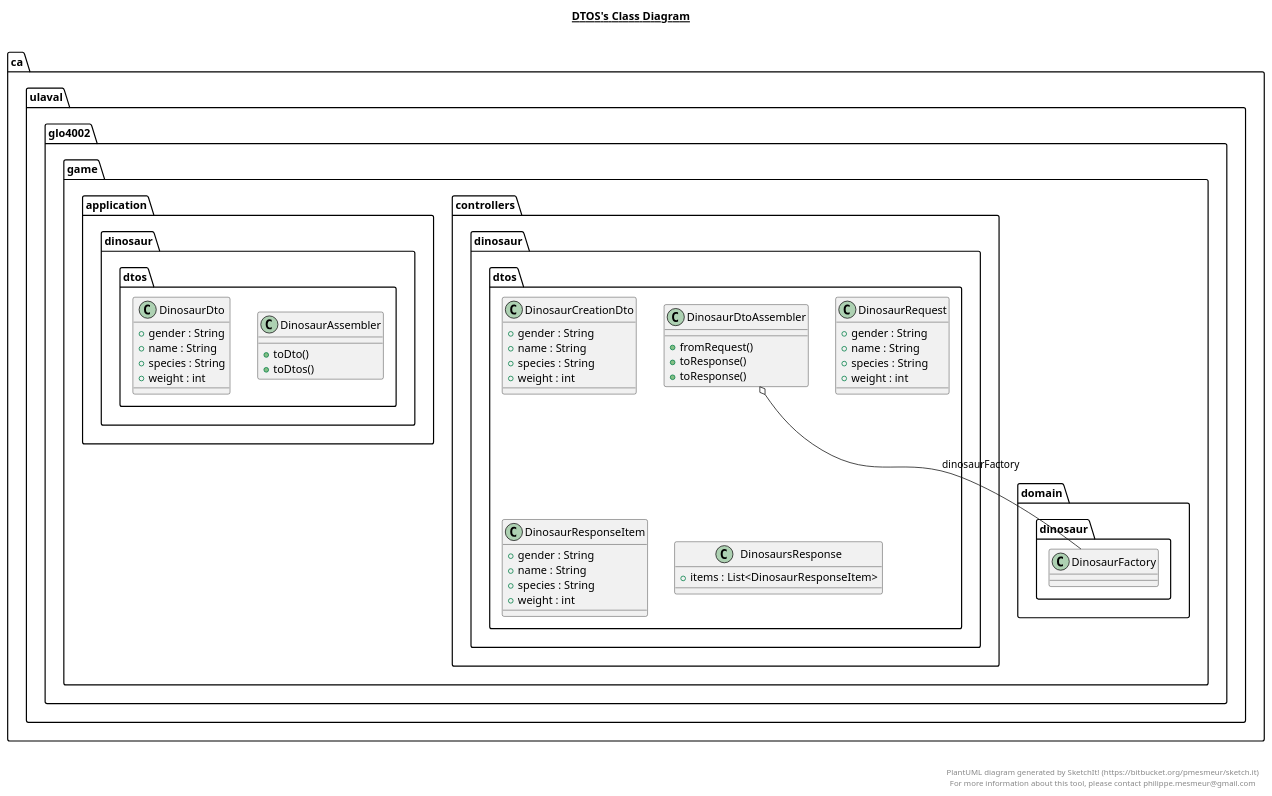
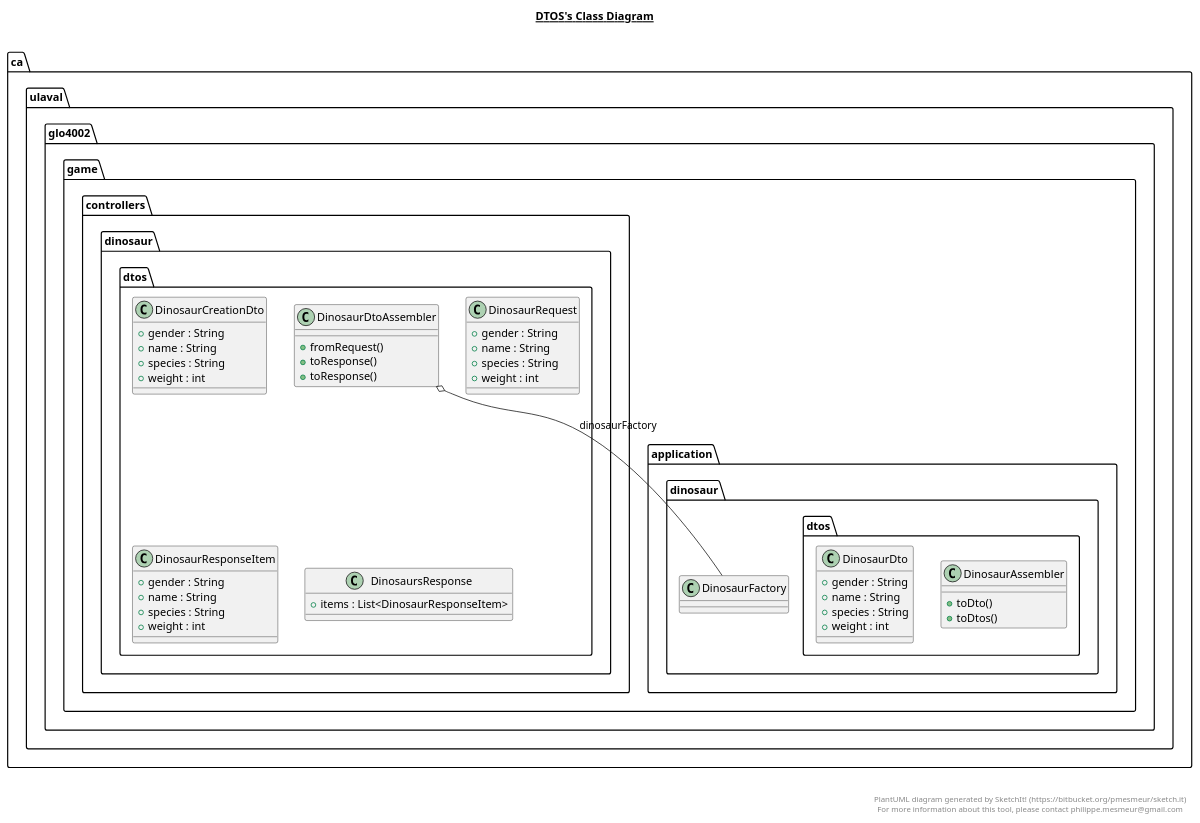
One commit to MALEC321/MEP7 changed the diagram in game-api/src/main/java/ca/ulaval/glo4002/game/controllers/dinosaur/dtos/dtos.plantuml. Above: the diagram before and after it, drawn with PlantUML. The commit also changed 13 other files, not shown here.

```diff
--- a/game-api/src/main/java/ca/ulaval/glo4002/game/controllers/dinosaur/dtos/dtos.plantuml
+++ b/game-api/src/main/java/ca/ulaval/glo4002/game/controllers/dinosaur/dtos/dtos.plantuml
@@ -1,106 +1,106 @@
 @startuml
 
 title __DTOS's Class Diagram__\n
 
     namespace ca.ulaval.glo4002.game {
       namespace controllers.dinosaur {
         namespace dtos {
           class ca.ulaval.glo4002.game.application.dinosaur.dtos.DinosaurAssembler {
               + toDto()
               + toDtos()
           }
         }
       }
     }
   
 
     namespace ca.ulaval.glo4002.game {
       namespace controllers.dinosaur {
         namespace dtos {
           class ca.ulaval.glo4002.game.controllers.dinosaur.dtos.DinosaurCreationDto {
               + gender : String
               + name : String
               + species : String
               + weight : int
           }
         }
       }
     }
   
 
     namespace ca.ulaval.glo4002.game {
       namespace controllers.dinosaur {
         namespace dtos {
           class ca.ulaval.glo4002.game.application.dinosaur.dtos.DinosaurDto {
               + gender : String
               + name : String
               + species : String
               + weight : int
           }
         }
       }
     }
   
 
     namespace ca.ulaval.glo4002.game {
       namespace controllers.dinosaur {
         namespace dtos {
           class ca.ulaval.glo4002.game.controllers.dinosaur.dtos.DinosaurDtoAssembler {
               + fromRequest()
               + toResponse()
               + toResponse()
           }
         }
       }
     }
   
 
     namespace ca.ulaval.glo4002.game {
       namespace controllers.dinosaur {
         namespace dtos {
           class ca.ulaval.glo4002.game.controllers.dinosaur.dtos.DinosaurRequest {
               + gender : String
               + name : String
               + species : String
               + weight : int
           }
         }
       }
     }
 
     namespace ca.ulaval.glo4002.game {
       namespace controllers.dinosaur {
         namespace dtos {
           class ca.ulaval.glo4002.game.controllers.dinosaur.dtos.DinosaurResponseItem {
               + gender : String
               + name : String
               + species : String
               + weight : int
           }
         }
       }
     }
   
 
     namespace ca.ulaval.glo4002.game {
       namespace controllers.dinosaur {
         namespace dtos {
           class ca.ulaval.glo4002.game.controllers.dinosaur.dtos.DinosaursResponse {
               + items : List<DinosaurResponseItem>
           }
         }
       }
     }
   
 
-  ca.ulaval.glo4002.game.controllers.dinosaur.dtos.DinosaurDtoAssembler o-- ca.ulaval.glo4002.game.domain.dinosaur.DinosaurFactory : dinosaurFactory
+  ca.ulaval.glo4002.game.controllers.dinosaur.dtos.DinosaurDtoAssembler o-- ca.ulaval.glo4002.game.application.dinosaur.DinosaurFactory : dinosaurFactory
 
 
 right footer
 
 
 PlantUML diagram generated by SketchIt! (https://bitbucket.org/pmesmeur/sketch.it)
 For more information about this tool, please contact philippe.mesmeur@gmail.com
 endfooter
 
 @enduml
```
